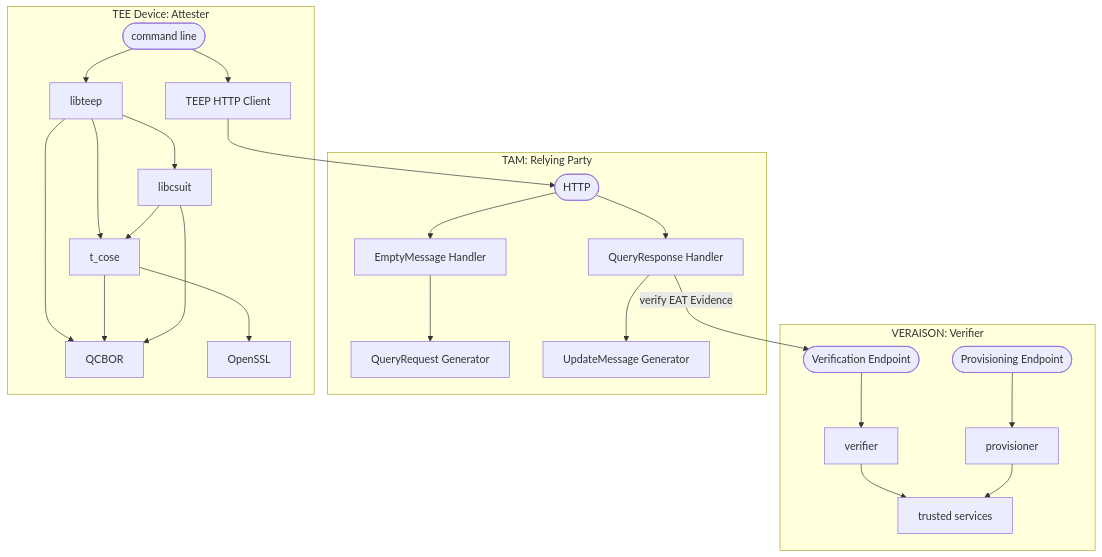
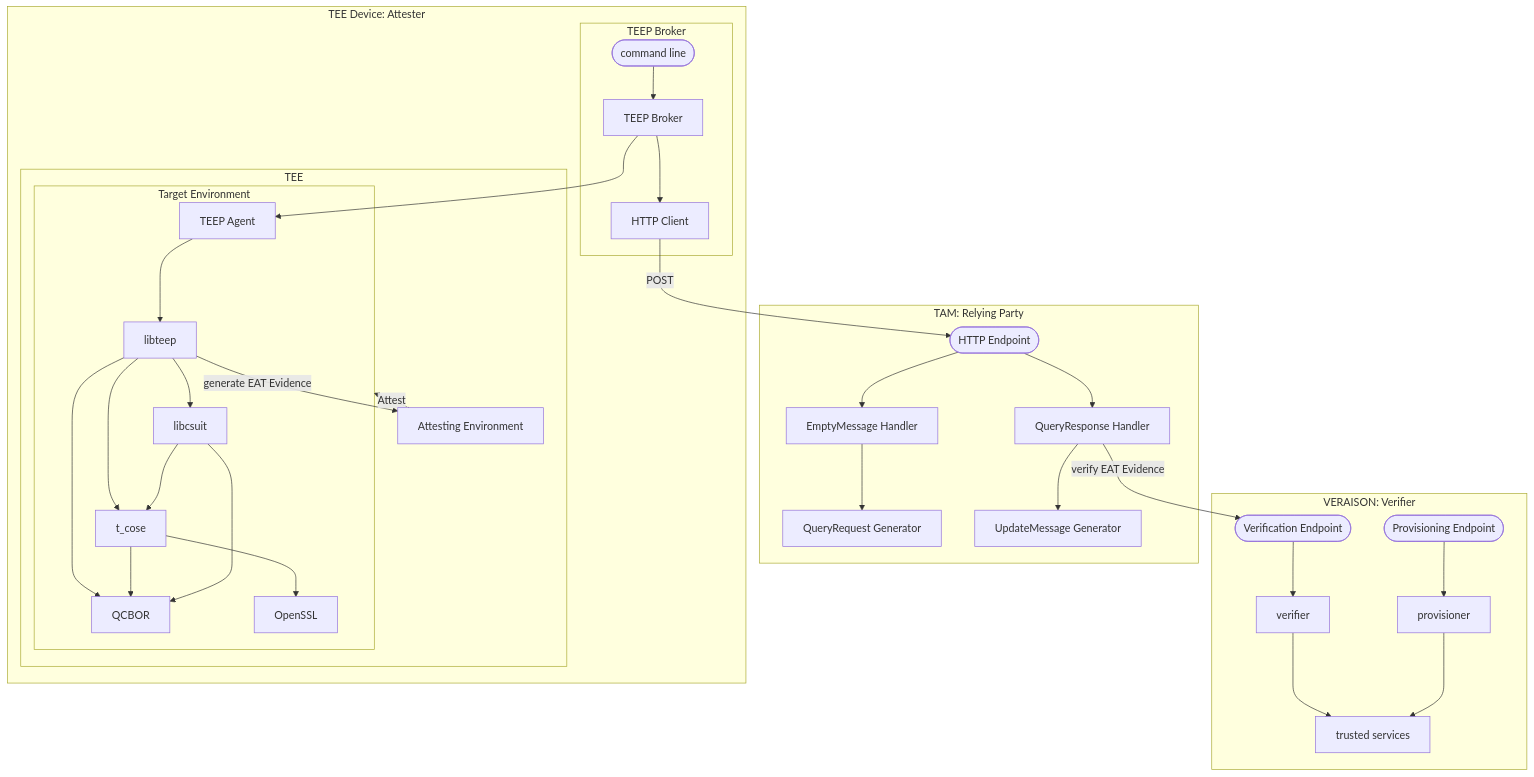
The second of 2 diagrams in doc/README.md (s-miyazawa/teep-wasm-demo), drawn with Mermaid before and after one commit. The commit also changed other lines of this file, not shown here.

Commit message:
update: component graph

````diff
--- a/doc/README.md
+++ b/doc/README.md
@@ -104,43 +104,51 @@
 ```mermaid
 flowchart TD;
   subgraph VERAISON: Verifier
     VE([Verification Endpoint])
     PE([Provisioning Endpoint])
     TS[trusted services]
 
     VE --> verifier
     PE --> provisioner
     verifier --> TS
     provisioner --> TS
   end
 
   subgraph TAM: Relying Party
-    HTTP([HTTP])
+    HTTP([HTTP Endpoint])
     EMH[EmptyMessage Handler]
     QRG[QueryRequest Generator]
     QRH[QueryResponse Handler]
     UMG[UpdateMessage Generator]
 
     HTTP --> EMH
     EMH --> QRG
     HTTP --> QRH
     QRH --verify EAT Evidence--> VE
     QRH --> UMG
   end
 
   subgraph TEE Device: Attester
-    TEEPBroker([command line])
-    TEEPHttpClient[TEEP HTTP Client]
+    subgraph TEEP Broker
+      command([command line]) --> TEEPBroker[TEEP Broker]
+      TEEPBroker --> TEEPHttpClient[HTTP Client]
+      TEEPHttpClient --POST--> HTTP
+    end
 
-    TEEPBroker --> TEEPHttpClient
-    TEEPHttpClient --> HTTP
-    TEEPBroker --> libteep
-    libteep --> t_cose
-    libteep --> QCBOR
-    t_cose --> QCBOR
-    t_cose --> OpenSSL
-    libteep --> libcsuit
-    libcsuit --> t_cose
-    libcsuit --> QCBOR
+    subgraph TEE
+      subgraph TE[Target Environment]
+        TEEPBroker --> TEEPAgent
+        TEEPAgent[TEEP Agent] --> libteep
+        libteep --> t_cose
+        libteep --> QCBOR
+        t_cose --> QCBOR
+        t_cose --> OpenSSL
+        libteep --> libcsuit
+        libcsuit --> t_cose
+        libcsuit --> QCBOR
+      end
+      libteep --generate EAT Evidence-->AE[Attesting Environment]
+      AE -.Attest.-> TE
+    end
   end
 ```
````
